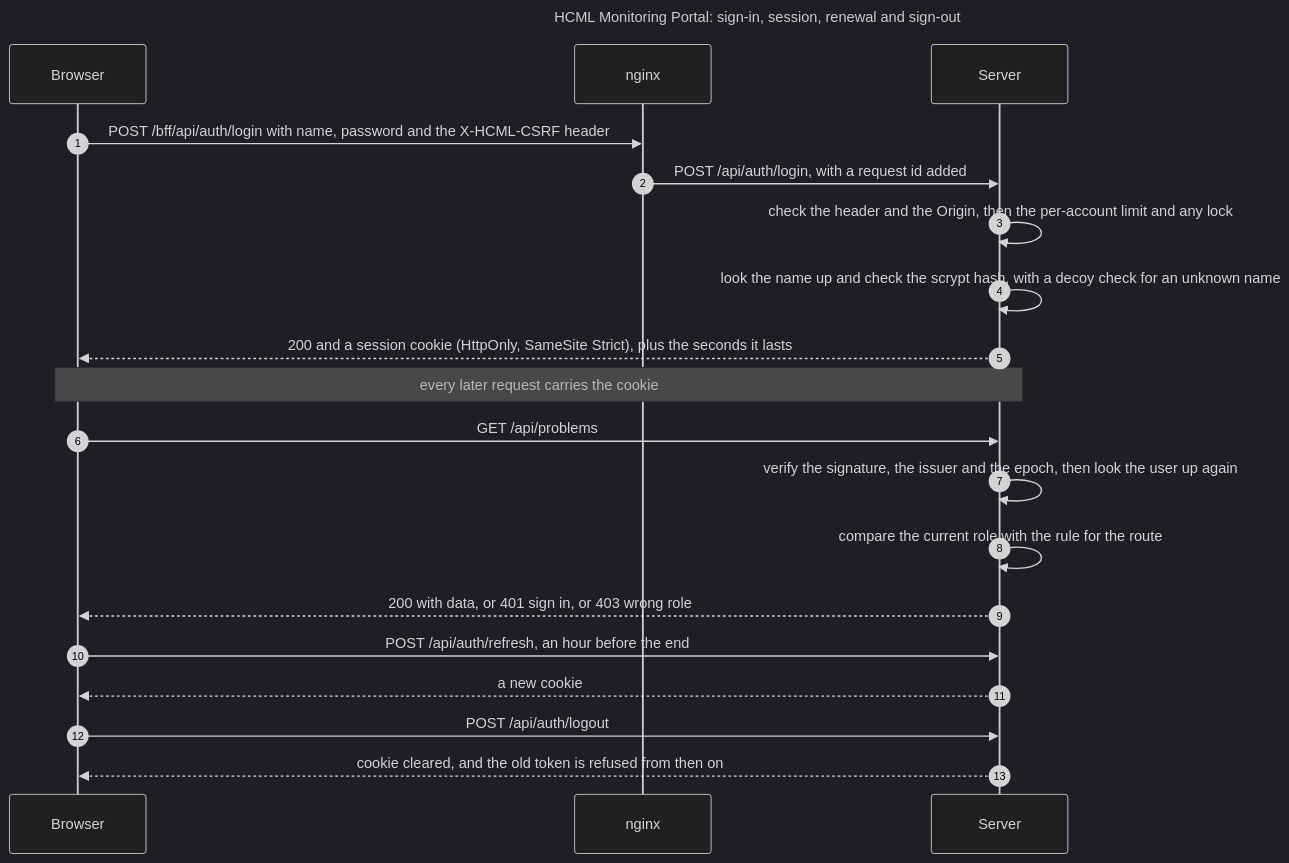
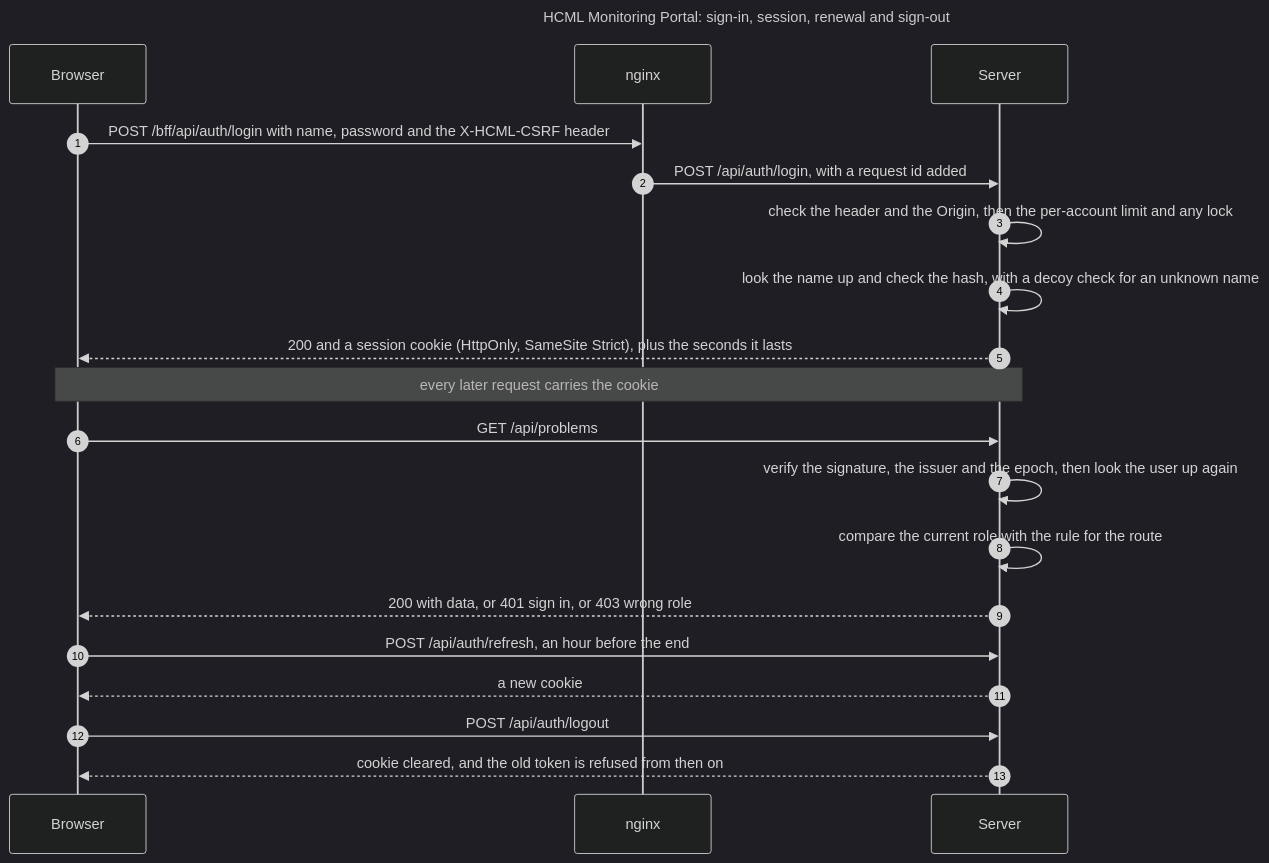
Before and after one commit to Fxkra28/Dashboard-Zabbix-Prototype-Local_LLM: the diagram in docs/handover/diagrams/session-flow.mmd, drawn with Mermaid (dark theme). The commit also changed 558 other files, not shown here.

```diff
--- a/docs/handover/diagrams/session-flow.mmd
+++ b/docs/handover/diagrams/session-flow.mmd
@@ -1,31 +1,31 @@
 ---
 title: "HCML Monitoring Portal: sign-in, session, renewal and sign-out"
 ---
 sequenceDiagram
     autonumber
     participant B as Browser
     participant N as nginx
     participant S as Server
 
     %% The token lives in an HttpOnly cookie, so no script on the page can read it.
     %% Every refusal below is made by the server, whatever the menu shows.
 
     B->>N: POST /bff/api/auth/login with name, password and the X-HCML-CSRF header
     N->>S: POST /api/auth/login, with a request id added
     S->>S: check the header and the Origin, then the per-account limit and any lock
-    S->>S: look the name up and check the scrypt hash, with a decoy check for an unknown name
+    S->>S: look the name up and check the hash, with a decoy check for an unknown name
     S-->>B: 200 and a session cookie (HttpOnly, SameSite Strict), plus the seconds it lasts
 
     Note over B,S: every later request carries the cookie
 
     B->>S: GET /api/problems
     S->>S: verify the signature, the issuer and the epoch, then look the user up again
     S->>S: compare the current role with the rule for the route
     S-->>B: 200 with data, or 401 sign in, or 403 wrong role
 
     B->>S: POST /api/auth/refresh, an hour before the end
     S-->>B: a new cookie
 
     B->>S: POST /api/auth/logout
     S-->>B: cookie cleared, and the old token is refused from then on
-%% source-hash: 9e81ad2706ba
+%% source-hash: 3948e225f508
```
